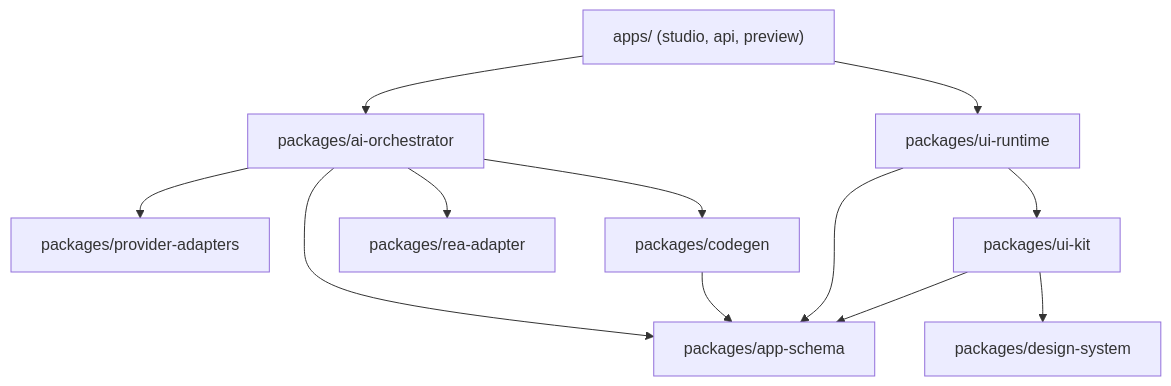
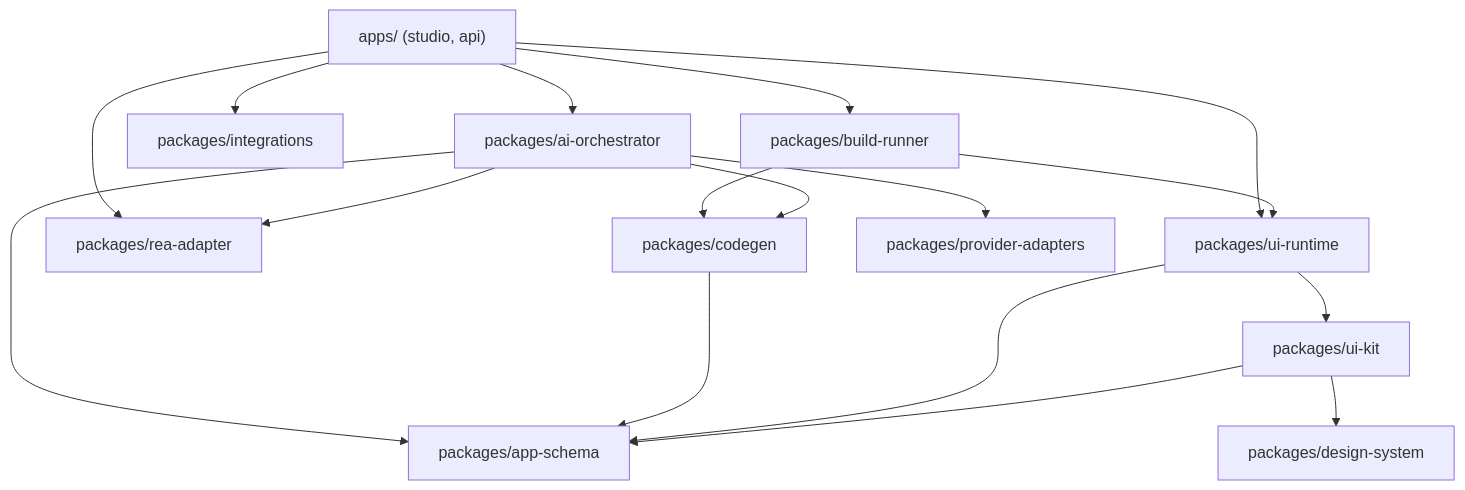
One commit to contactaurawealth-lab/ForgeOS changed the first of 2 diagrams in ARCHITECTURE.md. Above: the diagram before and after it, drawn with Mermaid. The commit also changed other lines of this file and 22 other files, not shown here.

````diff
--- a/ARCHITECTURE.md
+++ b/ARCHITECTURE.md
@@ -59,14 +60,19 @@
 ```mermaid
 flowchart TD
-    Apps["apps/ (studio, api, preview)"] --> Orchestrator["packages/ai-orchestrator"]
+    Apps["apps/ (studio, api)"] --> Orchestrator["packages/ai-orchestrator"]
     Apps --> Runtime["packages/ui-runtime"]
+    Apps --> REA["packages/rea-adapter"]
+    Apps --> Integrations["packages/integrations"]
+    Apps --> BuildRunner["packages/build-runner"]
+    BuildRunner --> Codegen["packages/codegen"]
+    BuildRunner --> Runtime
     Orchestrator --> Provider["packages/provider-adapters"]
-    Orchestrator --> Codegen["packages/codegen"]
+    Orchestrator --> Codegen
     Orchestrator --> Schema["packages/app-schema"]
-    Orchestrator --> REA["packages/rea-adapter"]
+    Orchestrator --> REA
     Codegen --> Schema
     Runtime --> UIKit["packages/ui-kit"]
     Runtime --> Schema
     UIKit --> DesignSystem["packages/design-system"]
     UIKit --> Schema
 ```
````
